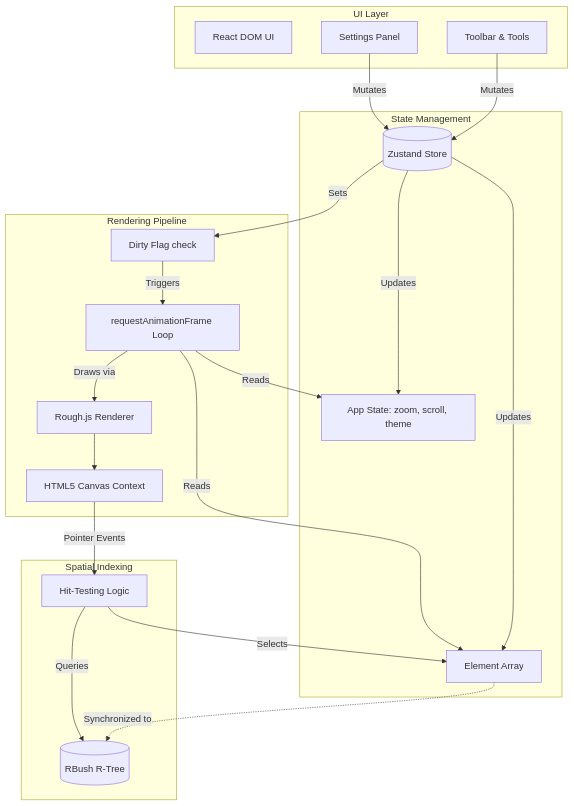
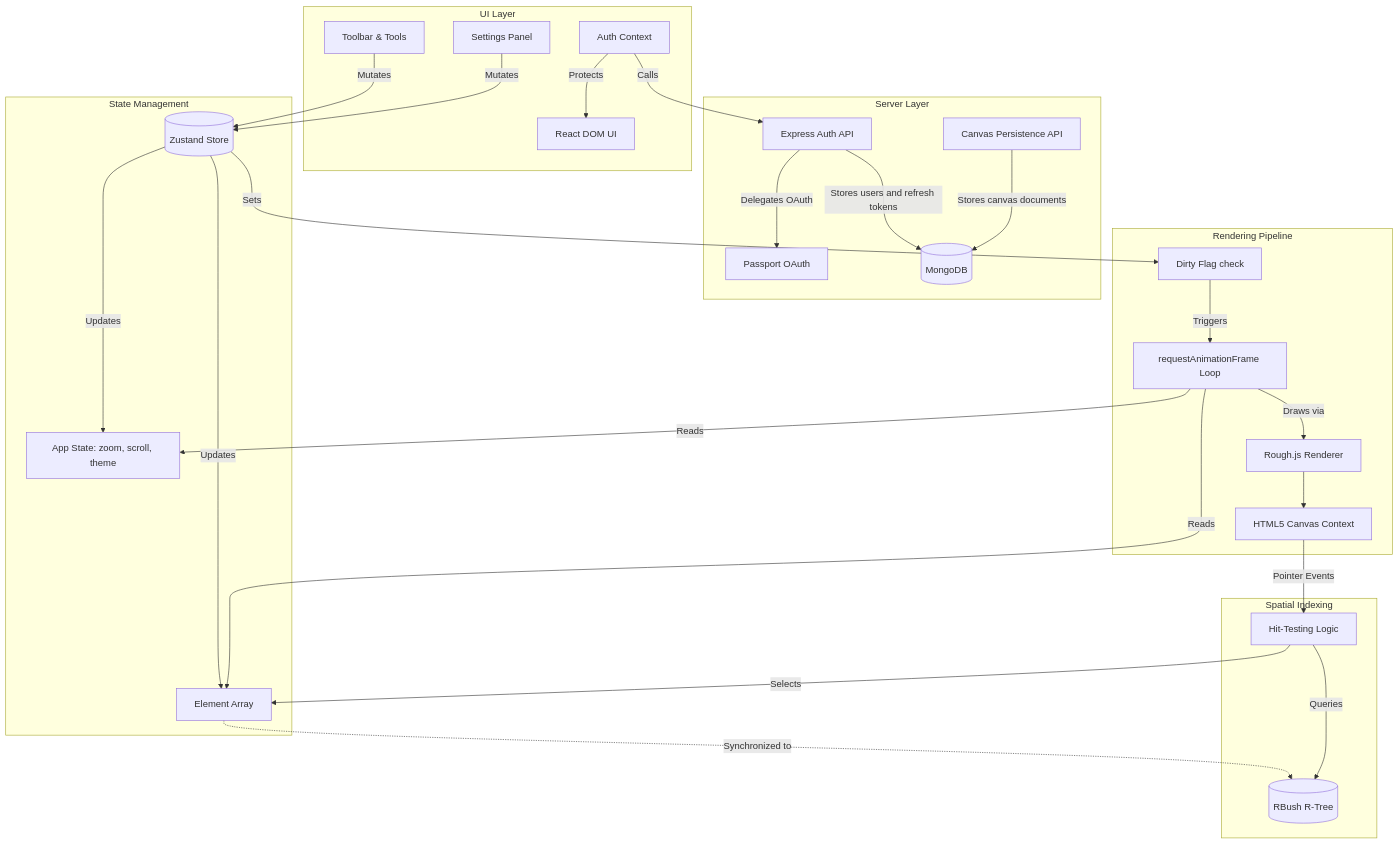
The diagram in client/ARCHITECTURE.md (0xJoy07/XcaliDraw), drawn with Mermaid before and after one commit. The commit also changed other lines of this file and 30 other files, not shown here.

First line of the commit message:
Add authentication and canvas persistence layer

````diff
--- a/client/ARCHITECTURE.md
+++ b/client/ARCHITECTURE.md
@@ -13,43 +13,56 @@
 ```mermaid
 graph TD
     subgraph UI Layer
         React[React DOM UI]
+        Auth[Auth Context]
         Toolbar[Toolbar & Tools]
         Settings[Settings Panel]
+    end
+
+    subgraph Server Layer
+        Express[Express Auth API]
+        CanvasAPI[Canvas Persistence API]
+        Passport[Passport OAuth]
+        Mongo[(MongoDB)]
     end
 
     subgraph State Management
         Zustand[(Zustand Store)]
         Elements[Element Array]
         AppState[App State: zoom, scroll, theme]
     end
 
     subgraph Rendering Pipeline
         RAF[requestAnimationFrame Loop]
         Dirty[Dirty Flag check]
         RoughJS[Rough.js Renderer]
         Canvas[HTML5 Canvas Context]
     end
 
     subgraph Spatial Indexing
         RBush[(RBush R-Tree)]
         HitTest[Hit-Testing Logic]
     end
 
     Toolbar -->|Mutates| Zustand
     Settings -->|Mutates| Zustand
+    Auth -->|Protects| React
+    Auth -->|Calls| Express
+    Express -->|Stores users and refresh tokens| Mongo
+    CanvasAPI -->|Stores canvas documents| Mongo
+    Express -->|Delegates OAuth| Passport
     Zustand -->|Updates| Elements
     Zustand -->|Updates| AppState
     Elements -.->|Synchronized to| RBush
     
     Zustand -->|Sets| Dirty
     Dirty -->|Triggers| RAF
     RAF -->|Reads| Elements
     RAF -->|Reads| AppState
     RAF -->|Draws via| RoughJS
     RoughJS --> Canvas
     
     Canvas -->|Pointer Events| HitTest
     HitTest -->|Queries| RBush
     HitTest -->|Selects| Elements
 ```
````
